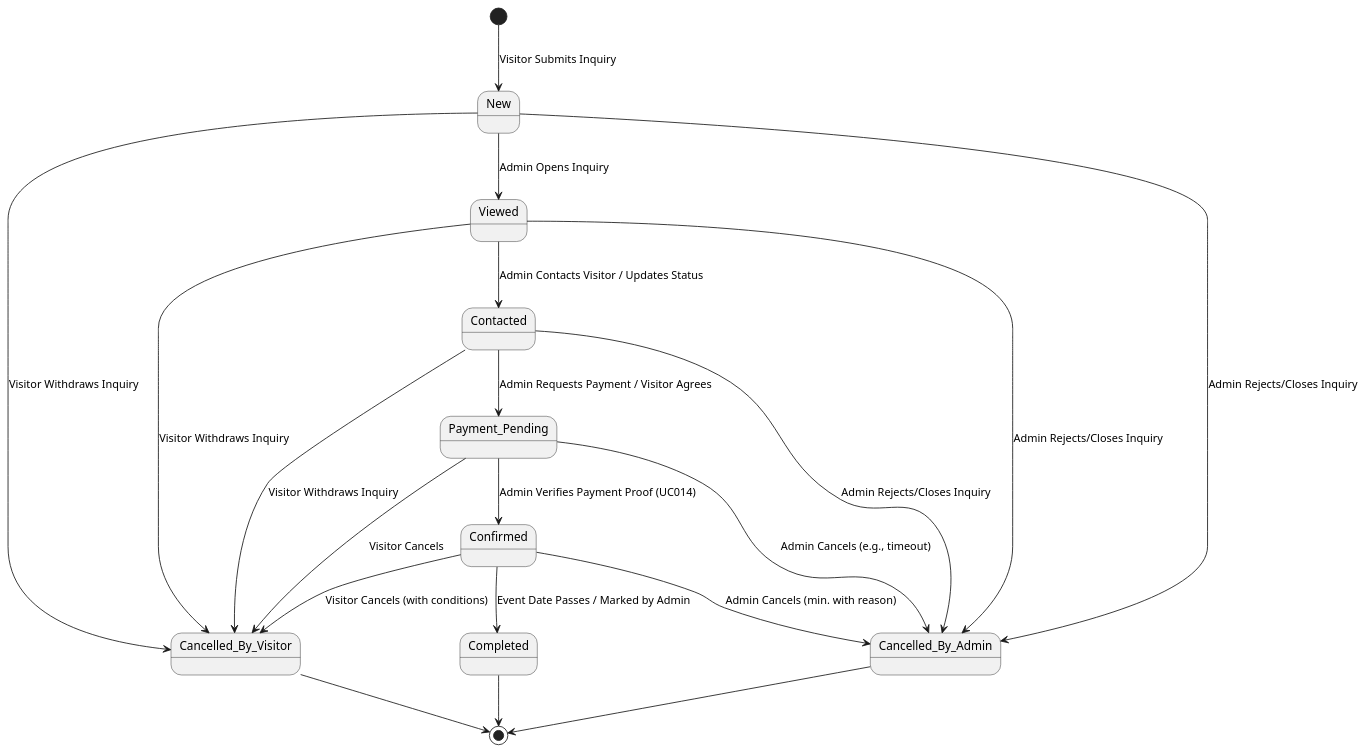
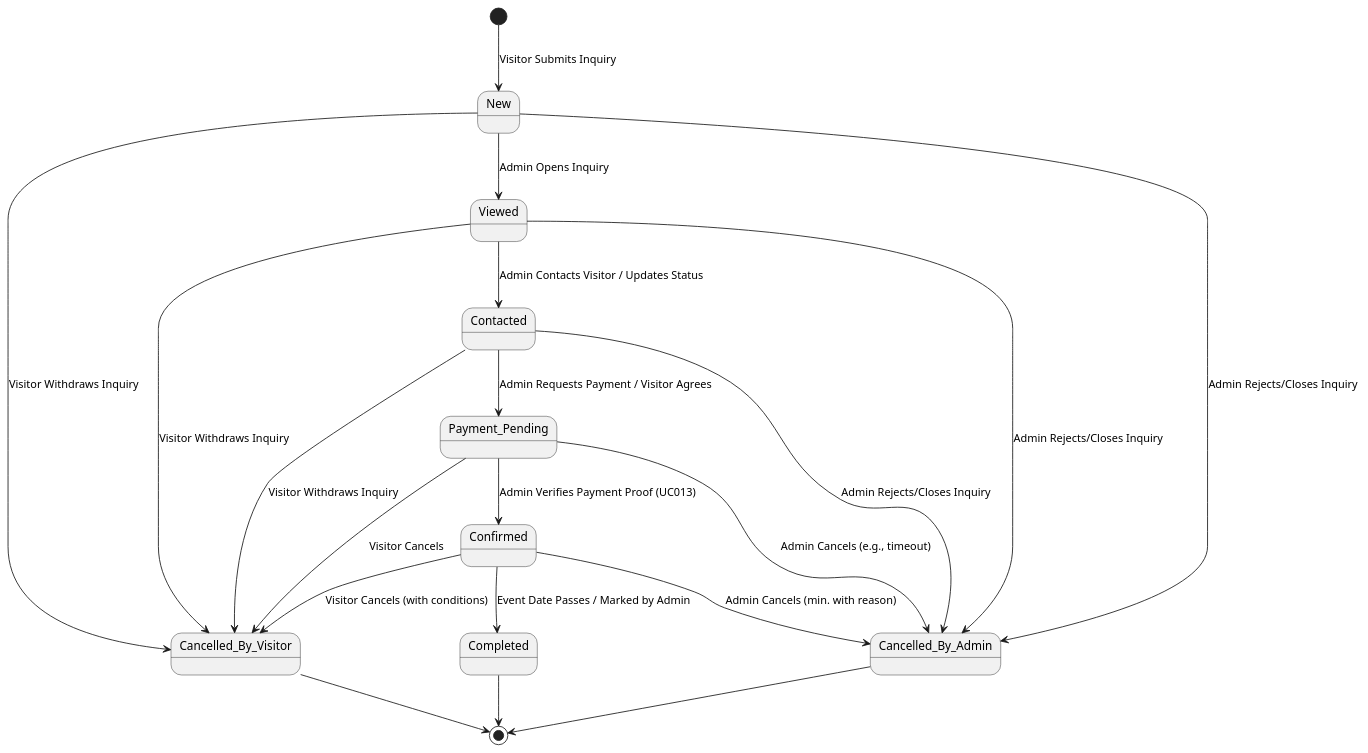
Before and after one commit to 7azmi/Al-Muneer-Portal: the ninth of 10 diagrams in Academic fluff (temp)/appendix: SDD.md, drawn with PlantUML. The commit also changed other lines of this file, not shown here.

````diff
--- a/Academic fluff (temp)/appendix: SDD.md
+++ b/Academic fluff (temp)/appendix: SDD.md
@@ -1233,29 +1566,29 @@
 ```plantuml
 @startuml
 [*] --> New : Visitor Submits Inquiry
 state New {
   ' Inquiry submitted by visitor, awaiting admin review.
 }
 New --> Viewed : Admin Opens Inquiry
 Viewed --> Contacted : Admin Contacts Visitor / Updates Status
 Contacted --> Payment_Pending : Admin Requests Payment / Visitor Agrees
-Payment_Pending --> Confirmed : Admin Verifies Payment Proof (UC014)
+Payment_Pending --> Confirmed : Admin Verifies Payment Proof (UC013)
 Confirmed --> Completed : Event Date Passes / Marked by Admin
 
 New --> Cancelled_By_Admin : Admin Rejects/Closes Inquiry
 Viewed --> Cancelled_By_Admin : Admin Rejects/Closes Inquiry
 Contacted --> Cancelled_By_Admin : Admin Rejects/Closes Inquiry
 Payment_Pending --> Cancelled_By_Admin : Admin Cancels (e.g., timeout)
 Confirmed --> Cancelled_By_Admin : Admin Cancels (min. with reason)
 
 New --> Cancelled_By_Visitor : Visitor Withdraws Inquiry
 Viewed --> Cancelled_By_Visitor : Visitor Withdraws Inquiry
 Contacted --> Cancelled_By_Visitor : Visitor Withdraws Inquiry
 Payment_Pending --> Cancelled_By_Visitor : Visitor Cancels
 Confirmed --> Cancelled_By_Visitor : Visitor Cancels (with conditions)
 
 Cancelled_By_Admin --> [*]
 Cancelled_By_Visitor --> [*]
 Completed --> [*]
 @enduml
 ```
````
